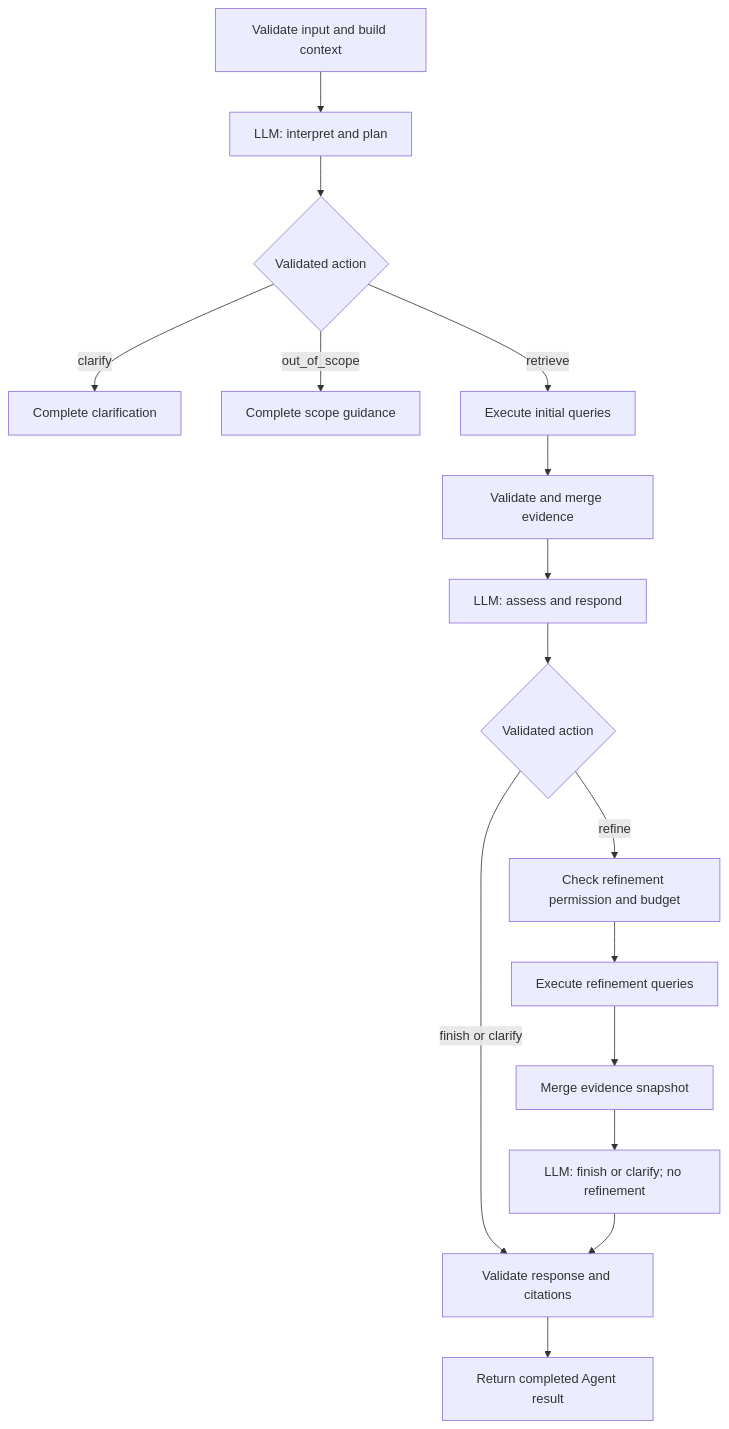
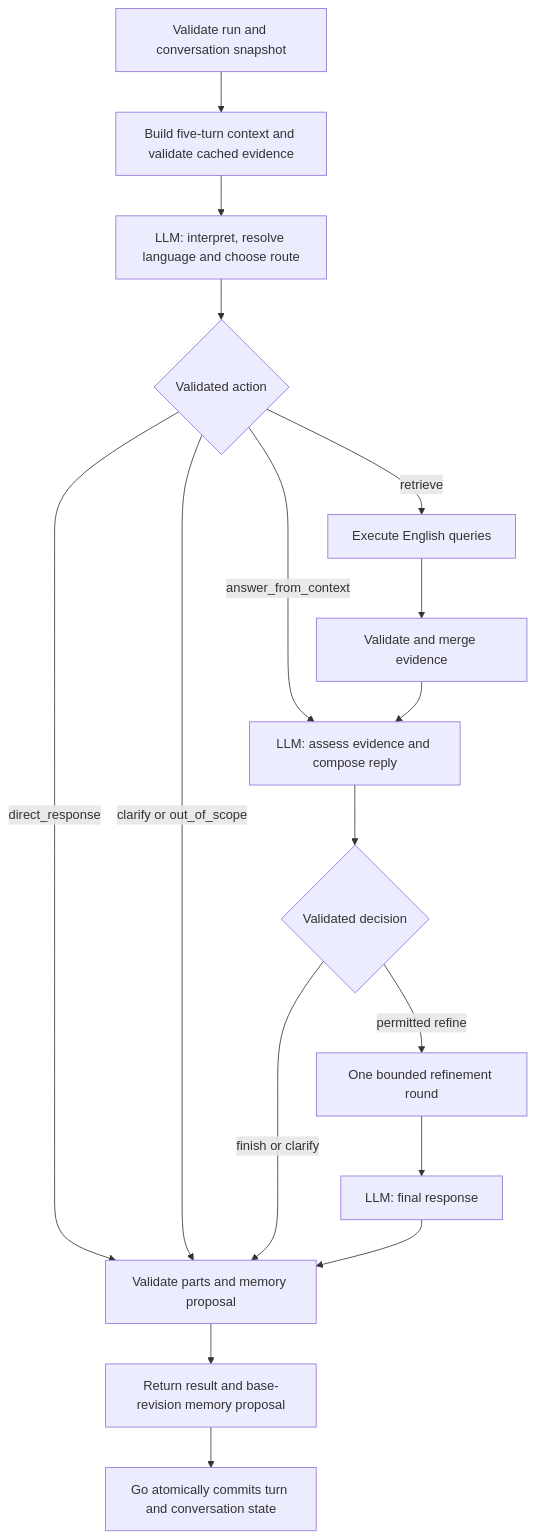
Before and after one commit to Jasonssssss9/musebridge: the second of 2 diagrams in docs/agent-design.md, drawn with Mermaid. The commit also changed other lines of this file and 9 other files, not shown here.

```diff
--- a/docs/agent-design.md
+++ b/docs/agent-design.md
@@ -84,18 +80,19 @@
 ~~~mermaid
 flowchart TD
-    Start[Validate input and build context] --> Plan[LLM: interpret and plan]
-    Plan --> Gate{Validated action}
-    Gate -->|clarify| Clarify[Complete clarification]
-    Gate -->|out_of_scope| Scope[Complete scope guidance]
-    Gate -->|retrieve| Search[Execute initial queries]
+    Start[Validate run and conversation snapshot] --> Context[Build five-turn context and validate cached evidence]
+    Context --> Plan[LLM: interpret, resolve language and choose route]
+    Plan --> Route{Validated action}
+    Route -->|direct_response| Finish[Validate parts and memory proposal]
+    Route -->|clarify or out_of_scope| Finish
+    Route -->|answer_from_context| Assess[LLM: assess evidence and compose reply]
+    Route -->|retrieve| Search[Execute English queries]
     Search --> Merge[Validate and merge evidence]
-    Merge --> Assess[LLM: assess and respond]
-    Assess --> Choice{Validated action}
-    Choice -->|finish or clarify| Validate[Validate response and citations]
-    Choice -->|refine| Refine[Check refinement permission and budget]
-    Refine --> Search2[Execute refinement queries]
-    Search2 --> Merge2[Merge evidence snapshot]
-    Merge2 --> Final[LLM: finish or clarify; no refinement]
-    Final --> Validate
-    Validate --> Result[Return completed Agent result]
+    Merge --> Assess
+    Assess --> Choice{Validated decision}
+    Choice -->|finish or clarify| Finish
+    Choice -->|permitted refine| Search2[One bounded refinement round]
+    Search2 --> Final[LLM: final response]
+    Final --> Finish
+    Finish --> Result[Return result and base-revision memory proposal]
+    Result --> Commit[Go atomically commits turn and conversation state]
 ~~~
```
